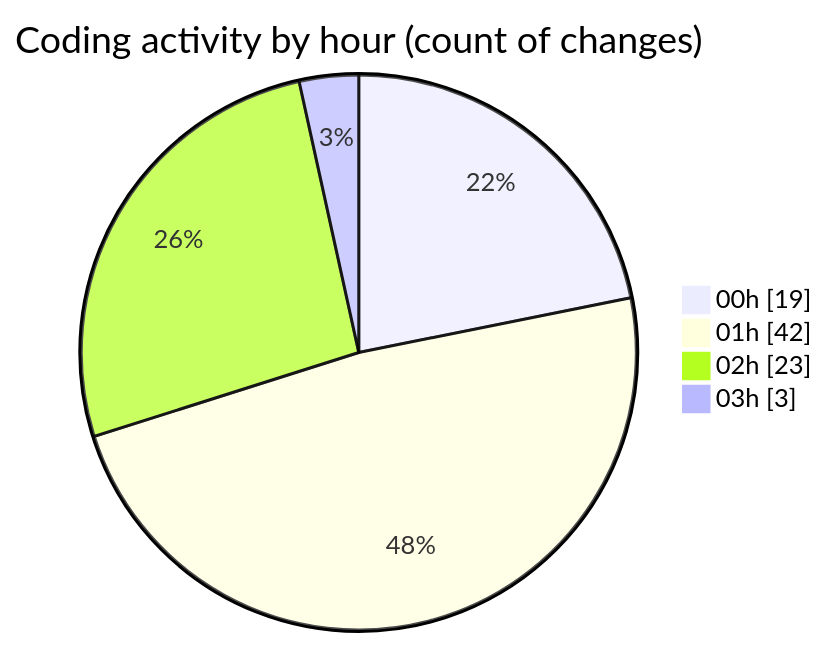
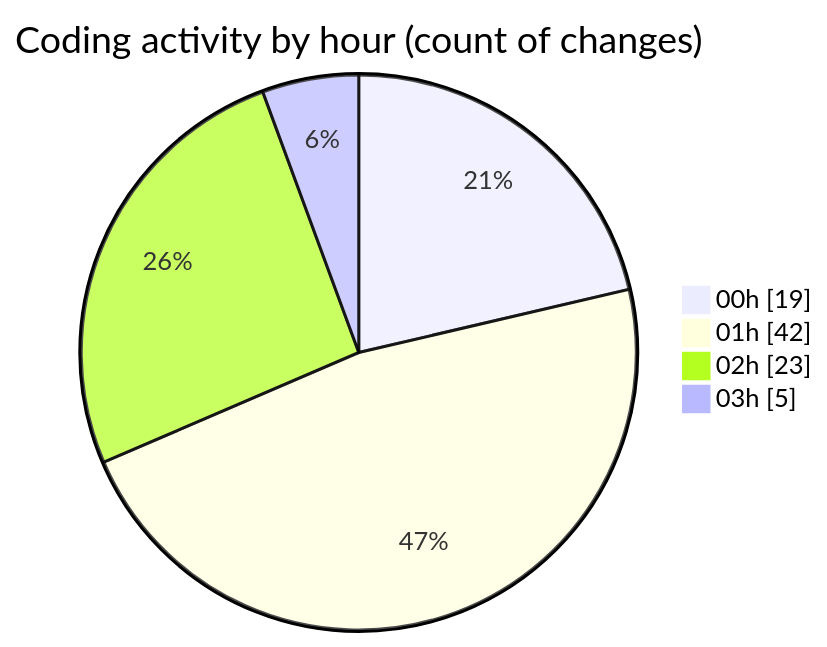
One commit to momahboobian/code-tracking changed the second of 2 diagrams in 2025-02-23/pdf-analysis-app/README.md. Above: the diagram before and after it, drawn with Mermaid. The commit also changed other lines of this file and 1 other file, not shown here.

````diff
--- a/2025-02-23/pdf-analysis-app/README.md
+++ b/2025-02-23/pdf-analysis-app/README.md
@@ -44,8 +44,8 @@
 ```mermaid
 pie showData
 title Coding activity by hour (count of changes)
 "00h" : 19
 "01h" : 42
 "02h" : 23
-"03h" : 3
+"03h" : 5
 ```
````
